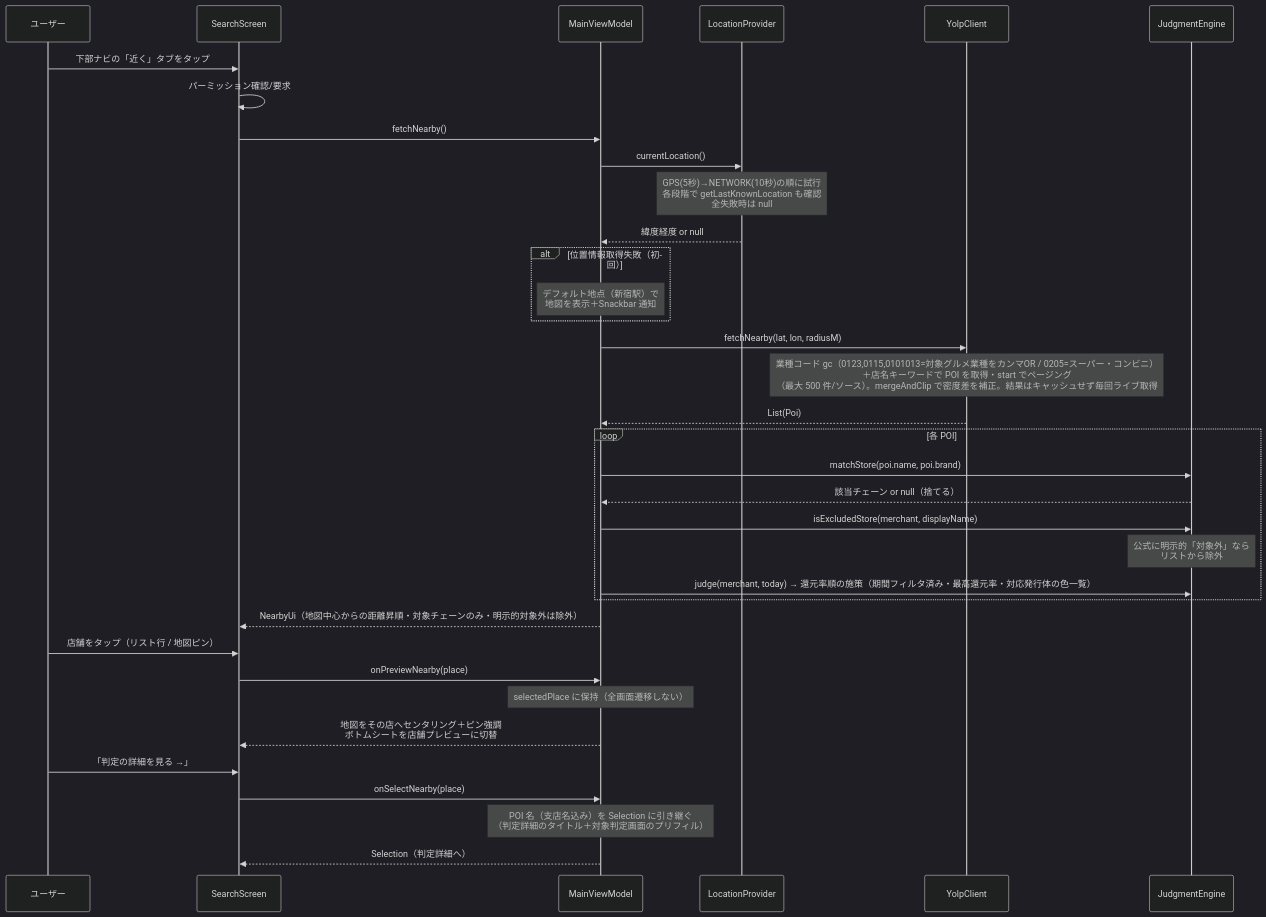
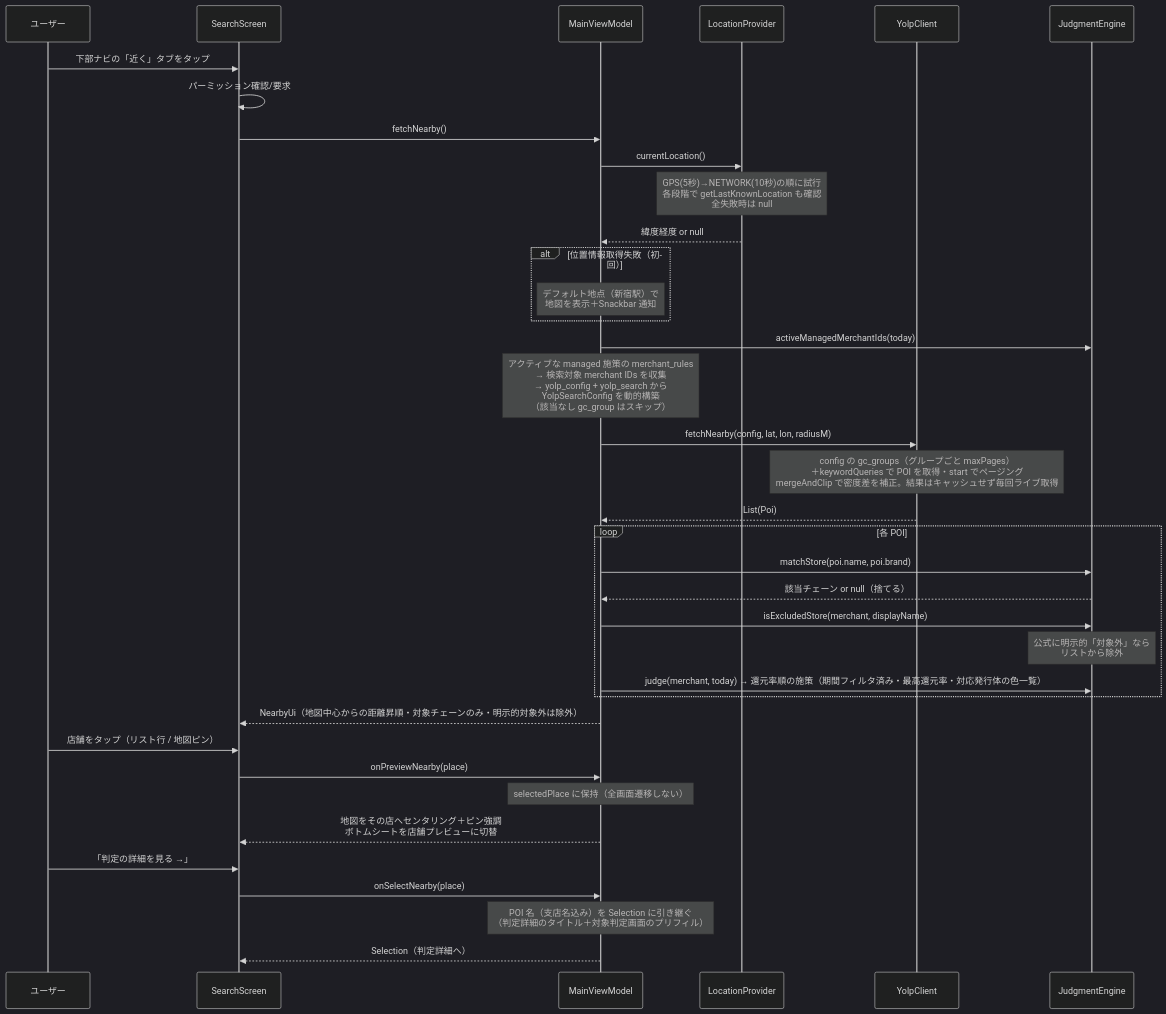
Before and after one commit to ktakjm/poikatsu: the sixth of 6 diagrams in docs/code-guide.md, drawn with Mermaid (dark theme). The commit also changed other lines of this file, not shown here.

First line of the commit message:
docs: update code-guide for Phase B data-driven YOLP search

````diff
--- a/docs/code-guide.md
+++ b/docs/code-guide.md
@@ -413,38 +413,40 @@
 ```mermaid
 sequenceDiagram
     participant U as ユーザー
     participant SC as SearchScreen
     participant VM as MainViewModel
     participant LP as LocationProvider
     participant YC as YolpClient
     participant JE as JudgmentEngine
 
     U->>SC: 下部ナビの「近く」タブをタップ
     SC->>SC: パーミッション確認/要求
     SC->>VM: fetchNearby()
     VM->>LP: currentLocation()
     Note over LP: GPS(5秒)→NETWORK(10秒)の順に試行<br/>各段階で getLastKnownLocation も確認<br/>全失敗時は null
     LP-->>VM: 緯度経度 or null
     alt 位置情報取得失敗（初回）
         Note over VM: デフォルト地点（新宿駅）で<br/>地図を表示＋Snackbar 通知
     end
-    VM->>YC: fetchNearby(lat, lon, radiusM)
-    Note over YC: 業種コード gc（0123,0115,0101013=対象グルメ業種をカンマOR / 0205=スーパー・コンビニ）<br/>＋店名キーワードで POI を取得・start でページング<br/>（最大 500 件/ソース）。mergeAndClip で密度差を補正。結果はキャッシュせず毎回ライブ取得
+    VM->>JE: activeManagedMerchantIds(today)
+    Note over VM: アクティブな managed 施策の merchant_rules<br/>→ 検索対象 merchant IDs を収集<br/>→ yolp_config + yolp_search から<br/>YolpSearchConfig を動的構築<br/>（該当なし gc_group はスキップ）
+    VM->>YC: fetchNearby(config, lat, lon, radiusM)
+    Note over YC: config の gc_groups（グループごと maxPages）<br/>＋keywordQueries で POI を取得・start でページング<br/>mergeAndClip で密度差を補正。結果はキャッシュせず毎回ライブ取得
     YC-->>VM: List(Poi)
     loop 各 POI
         VM->>JE: matchStore(poi.name, poi.brand)
         JE-->>VM: 該当チェーン or null（捨てる）
         VM->>JE: isExcludedStore(merchant, displayName)
         Note over JE: 公式に明示的「対象外」なら<br/>リストから除外
         VM->>JE: judge(merchant, today) → 還元率順の施策（期間フィルタ済み・最高還元率・対応発行体の色一覧）
     end
     VM-->>SC: NearbyUi（地図中心からの距離昇順・対象チェーンのみ・明示的対象外は除外）
     U->>SC: 店舗をタップ（リスト行 / 地図ピン）
     SC->>VM: onPreviewNearby(place)
     Note over VM: selectedPlace に保持（全画面遷移しない）
     VM-->>SC: 地図をその店へセンタリング＋ピン強調<br/>ボトムシートを店舗プレビューに切替
     U->>SC: 「判定の詳細を見る →」
     SC->>VM: onSelectNearby(place)
     Note over VM: POI 名（支店名込み）を Selection に引き継ぐ<br/>（判定詳細のタイトル＋対象判定画面のプリフィル）
     VM-->>SC: Selection（判定詳細へ）
 ```
````
